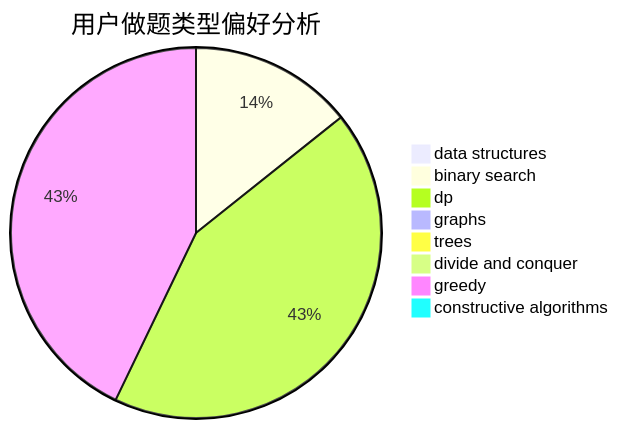
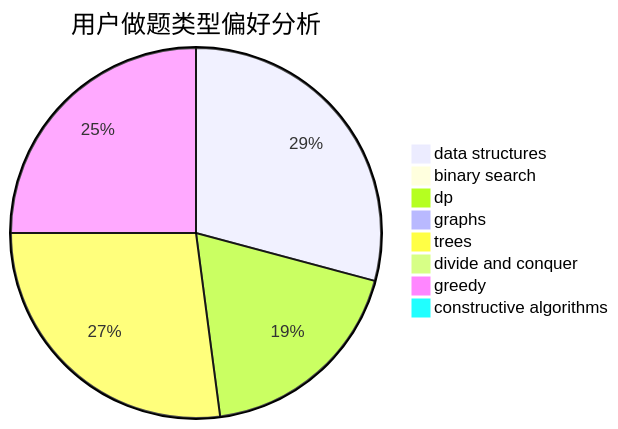
Before and after one commit to sherpahu/cfrs.github.io: the second of 3 diagrams in docs/user/u1463.md, drawn with Mermaid. The commit also changed other lines of this file and 2770 other files, not shown here.

````diff
--- a/docs/user/u1463.md
+++ b/docs/user/u1463.md
@@ -23,11 +23,11 @@
 ```mermaid
 pie title 用户做题类型偏好分析
-    "data structures" :  0
-    "binary search" :  2
-    "dp" :  6
+    "data structures" :  14
+    "binary search" :  0
+    "dp" :  9
     "graphs" :  0
-    "trees" :  0
+    "trees" :  13
     "divide and conquer" :  0
-    "greedy" :  6
+    "greedy" :  12
     "constructive algorithms" :  0
 ```
````
